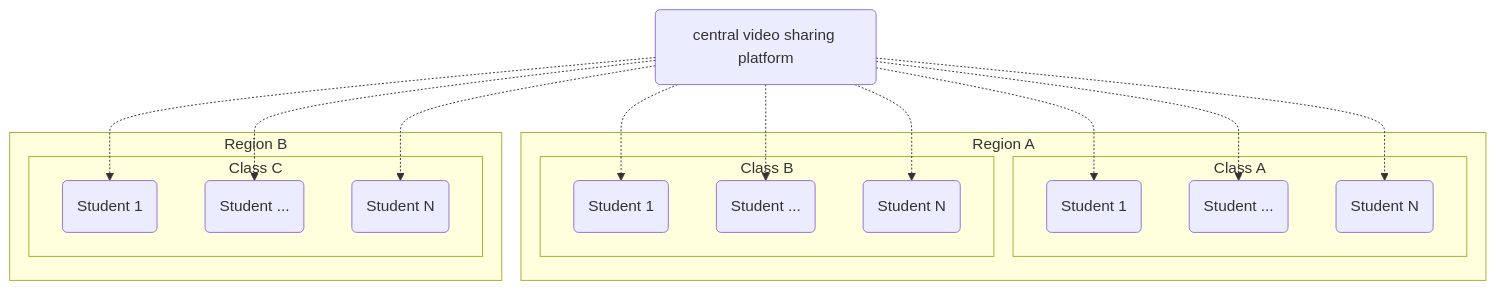
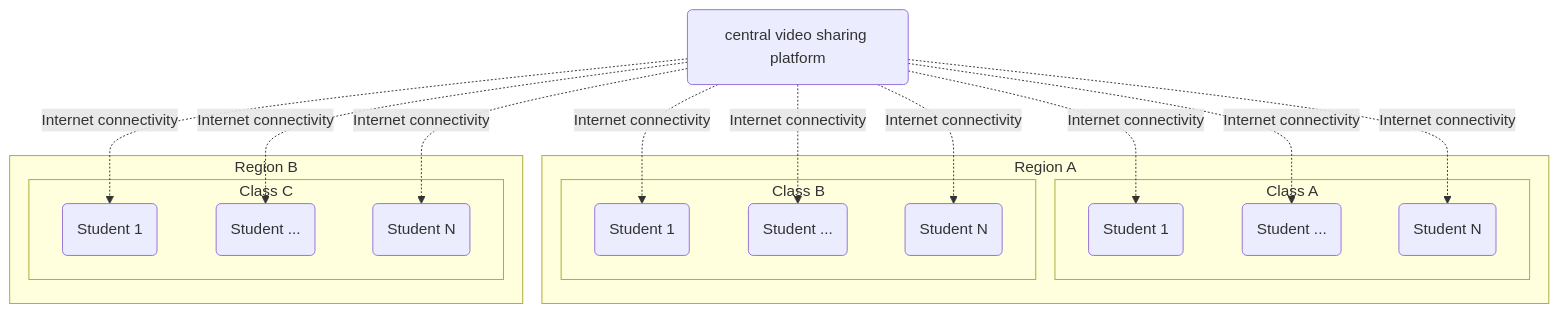
One commit to ourworldventures/ourworld_books_OLD changed the first of 3 diagrams in content/feasibility_study/Capabilities/education.md. Above: the diagram before and after it, drawn with Mermaid. The commit also changed other lines of this file, not shown here.

````diff
--- a/content/feasibility_study/Capabilities/education.md
+++ b/content/feasibility_study/Capabilities/education.md
@@ -18,39 +18,39 @@
 ```mermaid
 graph TD
 
     
     subgraph Region A
         subgraph Class A
             INDIVIDUALA(Student 1)
             INDIVIDUALB(Student ...)
             INDIVIDUALC(Student N)
         end
         subgraph Class B
             INDIVIDUALD(Student 1)
             INDIVIDUALE(Student ...)
             INDIVIDUALF(Student N)
         end
     end
     
     VIDEOPLATFORM(central video sharing platform)
     
     subgraph Region B
         subgraph Class C
             INDIVIDUALG(Student 1)
             INDIVIDUALH(Student ...)
             INDIVIDUALI(Student N)
         end
     end
 
-    VIDEOPLATFORM .-> INDIVIDUALA
-    VIDEOPLATFORM .-> INDIVIDUALB
-    VIDEOPLATFORM .-> INDIVIDUALC
+    VIDEOPLATFORM .->|Internet connectivity| INDIVIDUALA
+    VIDEOPLATFORM .->|Internet connectivity| INDIVIDUALB
+    VIDEOPLATFORM .->|Internet connectivity| INDIVIDUALC
 
-    VIDEOPLATFORM .-> INDIVIDUALD
-    VIDEOPLATFORM .-> INDIVIDUALE
-    VIDEOPLATFORM .-> INDIVIDUALF
+    VIDEOPLATFORM .->|Internet connectivity| INDIVIDUALD
+    VIDEOPLATFORM .->|Internet connectivity| INDIVIDUALE
+    VIDEOPLATFORM .->|Internet connectivity| INDIVIDUALF
 
-    VIDEOPLATFORM .-> INDIVIDUALG
-    VIDEOPLATFORM .-> INDIVIDUALH
-    VIDEOPLATFORM .-> INDIVIDUALI
+    VIDEOPLATFORM .->|Internet connectivity| INDIVIDUALG
+    VIDEOPLATFORM .->|Internet connectivity| INDIVIDUALH
+    VIDEOPLATFORM .->|Internet connectivity| INDIVIDUALI
 ```
````
